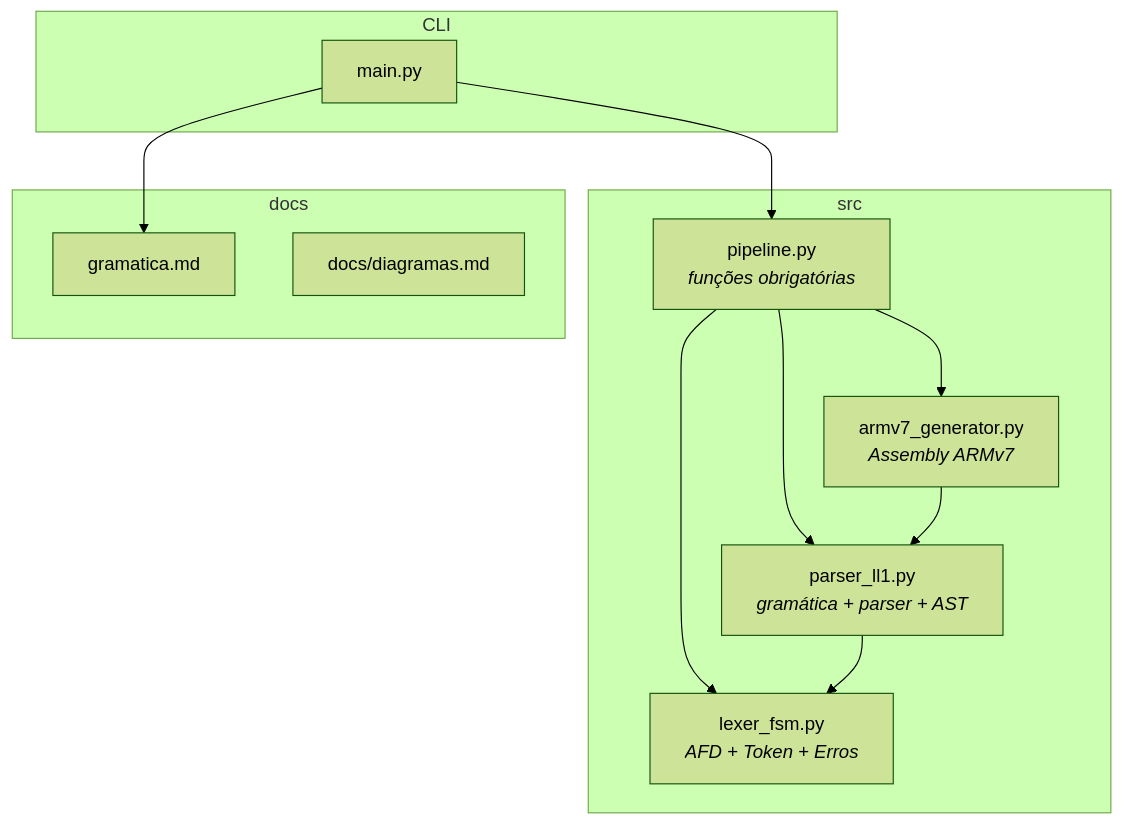
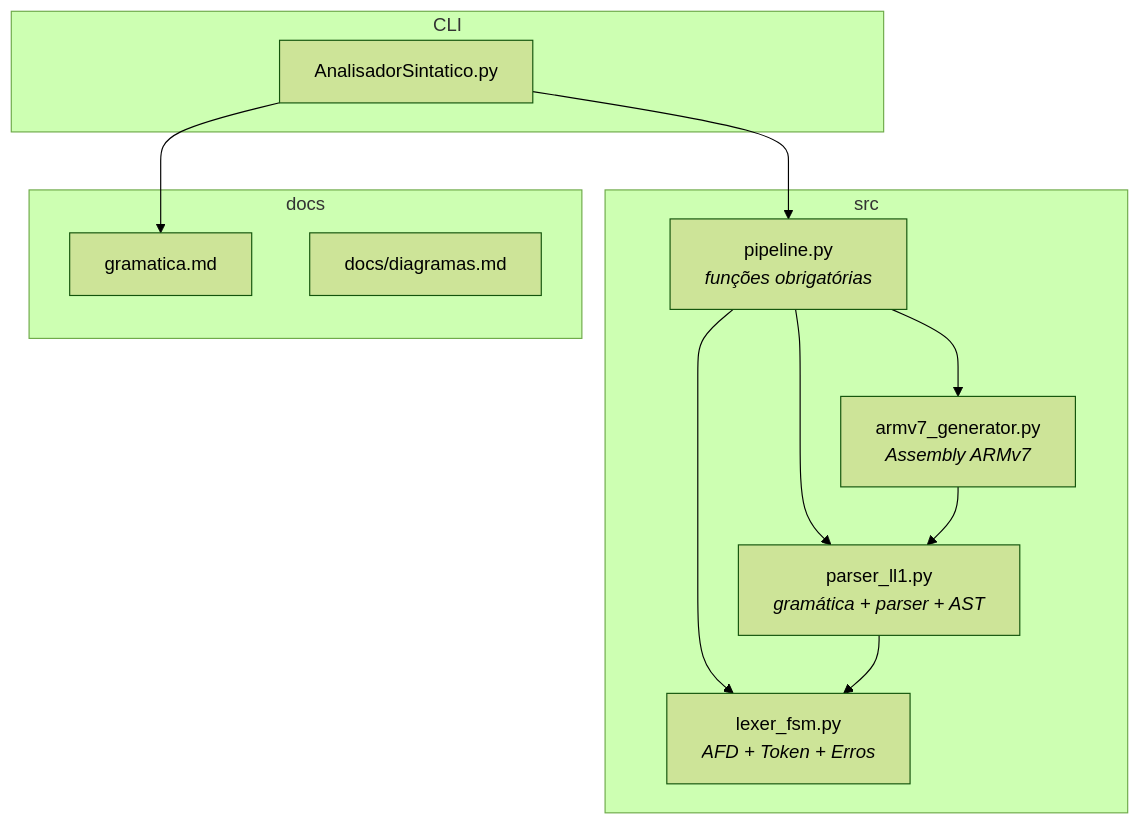
The second of 13 diagrams in docs/diagramas.md (Tuizones/RA2_9), drawn with Mermaid (forest theme) before and after one commit. The commit also changed other lines of this file and 13 other files, not shown here.

Commit message:
Alteração do nome da main.py para AnalisadorSintatico.py tanto no código quanto no README e diagramas

````diff
--- a/docs/diagramas.md
+++ b/docs/diagramas.md
@@ -54,26 +54,26 @@
 ```mermaid
 flowchart TB
     subgraph CLI
-        main["main.py"]
+        main["AnalisadorSintatico.py"]
     end
 
     subgraph src
         pipe["pipeline.py<br/><i>funções obrigatórias</i>"]
         lex["lexer_fsm.py<br/><i>AFD + Token + Erros</i>"]
         par["parser_ll1.py<br/><i>gramática + parser + AST</i>"]
         gen["armv7_generator.py<br/><i>Assembly ARMv7</i>"]
     end
 
     subgraph docs
         gram["gramatica.md"]
         diag["docs/diagramas.md"]
     end
 
     main --> pipe
     pipe --> lex
     pipe --> par
     pipe --> gen
     par  --> lex
     gen  --> par
     main --> gram
 ```
````
